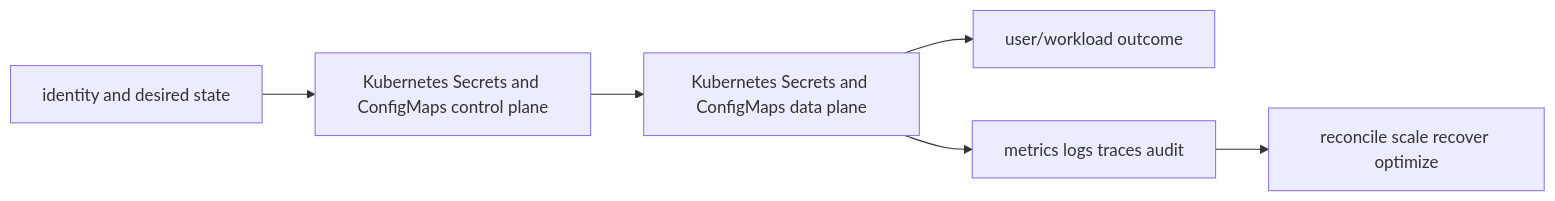
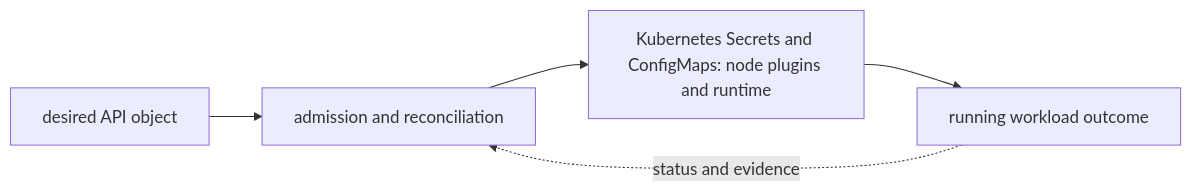
The diagram in 06-kubernetes/05-security/03-secrets-configmaps/README.md (tomkidumbuyo/DevOps-interview-preparation), drawn with Mermaid before and after one commit. The commit also changed other lines of this file and 753 other files, not shown here.

````diff
--- a/06-kubernetes/05-security/03-secrets-configmaps/README.md
+++ b/06-kubernetes/05-security/03-secrets-configmaps/README.md
@@ -19,8 +31,7 @@
 ```mermaid
 flowchart LR
-  I[identity and desired state] --> C[Kubernetes Secrets and ConfigMaps control plane]
-  C --> D[Kubernetes Secrets and ConfigMaps data plane]
-  D --> U[user/workload outcome]
-  D --> O[metrics logs traces audit]
-  O --> R[reconcile scale recover optimize]
+  A["desired API object"] --> B["admission and reconciliation"]
+  B --> C["Kubernetes Secrets and ConfigMaps: node plugins and runtime"]
+  C --> D["running workload outcome"]
+  D -. "status and evidence" .-> B
 ```
````
